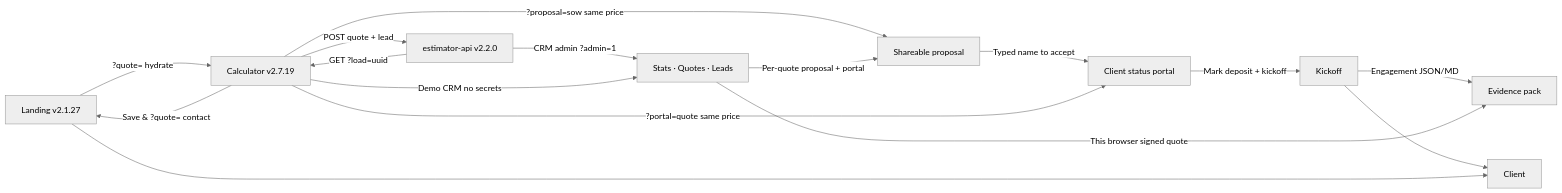
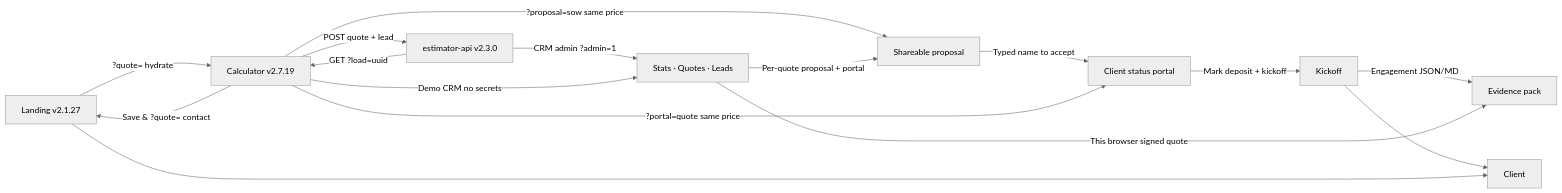
Before and after one commit to pixellayer7-jpg/pixellayer7-jpg: the diagram in README.md, drawn with Mermaid (neutral theme). The commit also changed 4 other files, not shown here.

Commit message:
docs: estimator-api v2.3.0 multi-token role auth

````diff
--- a/README.md
+++ b/README.md
@@ -21,18 +21,18 @@
 ```mermaid
 flowchart LR
   A[Landing v2.1.27] -->|?quote= hydrate| B[Calculator v2.7.19]
   B -->|Save & ?quote= contact| A
   B -->|?proposal=sow same price| R[Shareable proposal]
   R -->|Typed name to accept| P[Client status portal]
   P -->|Mark deposit + kickoff| K[Kickoff]
   K -->|Engagement JSON/MD| X[Evidence pack]
   B -->|?portal=quote same price| P
-  B -->|POST quote + lead| D[estimator-api v2.2.0]
+  B -->|POST quote + lead| D[estimator-api v2.3.0]
   D -->|CRM admin ?admin=1| E[Stats · Quotes · Leads]
   B -->|Demo CRM no secrets| E
   E -->|This browser signed quote| X
   E -->|Per-quote proposal + portal| R
   K --> F[Client]
   D -->|GET ?load=uuid| B
   A --> F[Client]
 ```
````
